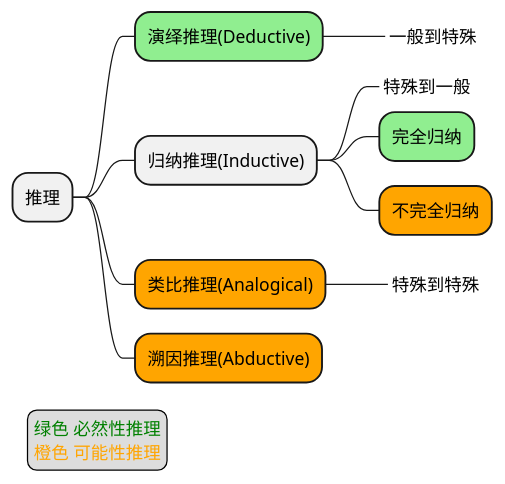
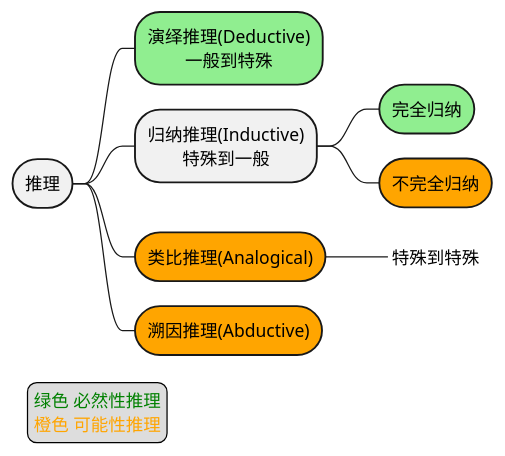
The first of 5 diagrams in source/_posts/logic/logic.md (holmofy/blog.hufeifei.cn), drawn with PlantUML before and after one commit.

````diff
--- a/source/_posts/logic/logic.md
+++ b/source/_posts/logic/logic.md
@@ -12,18 +12,22 @@
 ```plantuml
 @startmindmap
+<style>
+node {
+    HorizontalAlignment center
+    RoundCorner 40
+}
+</style>
 * 推理
-**[#LightGreen] 演绎推理(Deductive)
-***_ 一般到特殊
-** 归纳推理(Inductive)
-***_ 特殊到一般
+**[#LightGreen] 演绎推理(Deductive)\n一般到特殊
+** 归纳推理(Inductive)\n特殊到一般
 ***[#LightGreen] 完全归纳
 ***[#Orange] 不完全归纳
 **[#Orange] 类比推理(Analogical)
 ***_ 特殊到特殊
 **[#Orange] 溯因推理(Abductive)
 legend left
   <font color="green">绿色 必然性推理</font>
   <font color="orange">橙色 可能性推理</font>
 endlegend
 @endmindmap
 ```
````
